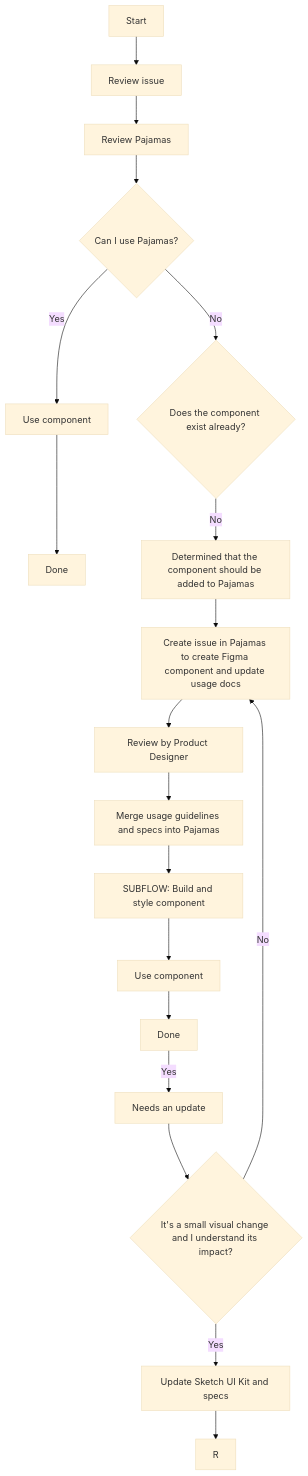
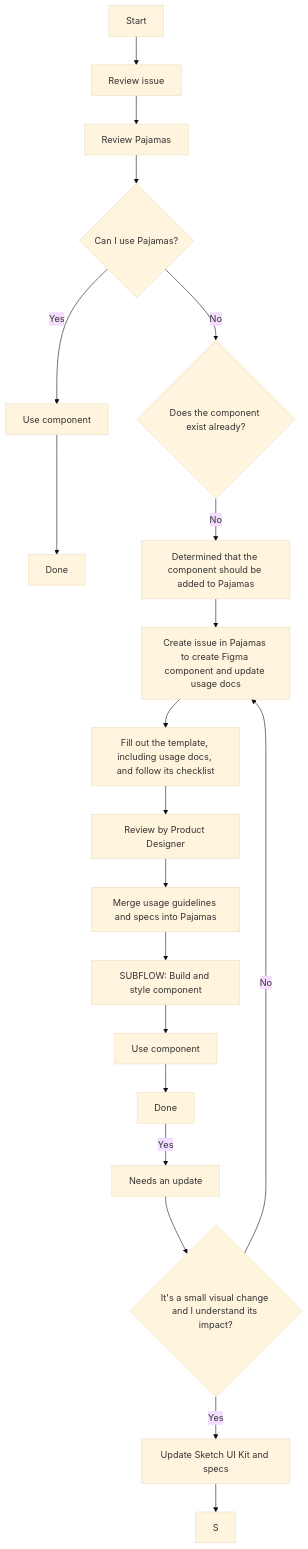
Before and after one commit to khulnasoft-lab/design.khulnasoft.com: the diagram in doc/component-lifecycle.md, drawn with Mermaid (base theme).

Commit message:
Try updating again

````diff
--- a/doc/component-lifecycle.md
+++ b/doc/component-lifecycle.md
@@ -64,24 +64,25 @@
 ```mermaid
 graph TD;
 A[Start] -->B[Review issue]
 B--> C[Review Pajamas]
 click C "https://design.gitlab.com"
 C-->D{Can I use Pajamas?}
 D -->|Yes| E[Use component]
 E --> F[Done]
 D -->|No| G{Does the component exist already?}
 G-->|No| H[Determined that the component should be added to Pajamas]
 H-->I[Create issue in Pajamas to create Figma component and update usage docs]
-click I "https://gitlab.com/gitlab-org/gitlab-services/design.gitlab.com/issues/new"
-I-->J[Review by Product Designer]
-J-->K[Merge usage guidelines and specs into Pajamas]
-K-->L[SUBFLOW: Build and style component]
-click L "https://gitlab.com/gitlab-org/gitlab-ui/blob/master/doc/component-lifecycle.md"
-L-->M[Use component]
-M-->N[Done]
-N-->|Yes| O[Needs an update]
-O-->P{It's a small visual change and I understand its impact?}
-P-->|Yes| Q[Update Sketch UI Kit and specs]
-Q-->R
-P-->|No| I
+click I "https://gitlab.com/gitlab-org/gitlab-services/design.gitlab.com/-/issues/new?issuable_template=New%20component"
+I-->J[Fill out the template, including usage docs, and follow its checklist]
+J-->K[Review by Product Designer]
+K-->L[Merge usage guidelines and specs into Pajamas]
+L-->M[SUBFLOW: Build and style component]
+click M "https://gitlab.com/gitlab-org/gitlab-ui/blob/master/doc/component-lifecycle.md"
+M-->N[Use component]
+N-->O[Done]
+O-->|Yes| P[Needs an update]
+P-->Q{It's a small visual change and I understand its impact?}
+Q-->|Yes| R[Update Sketch UI Kit and specs]
+R-->S
+Q-->|No| I
 ```
````
